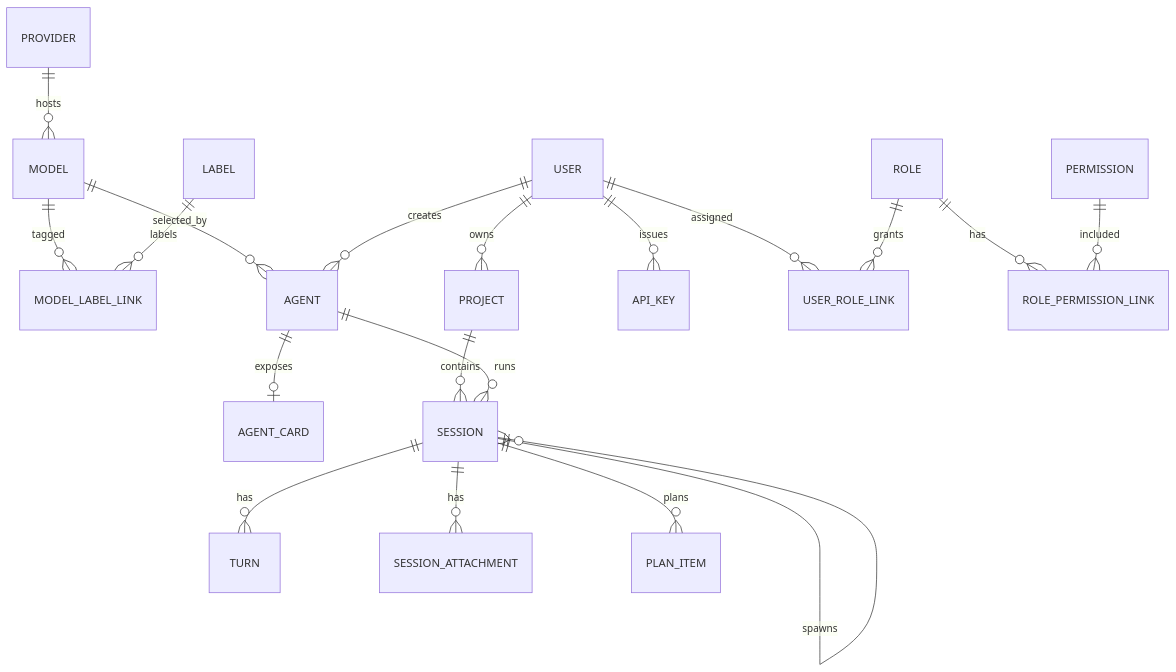
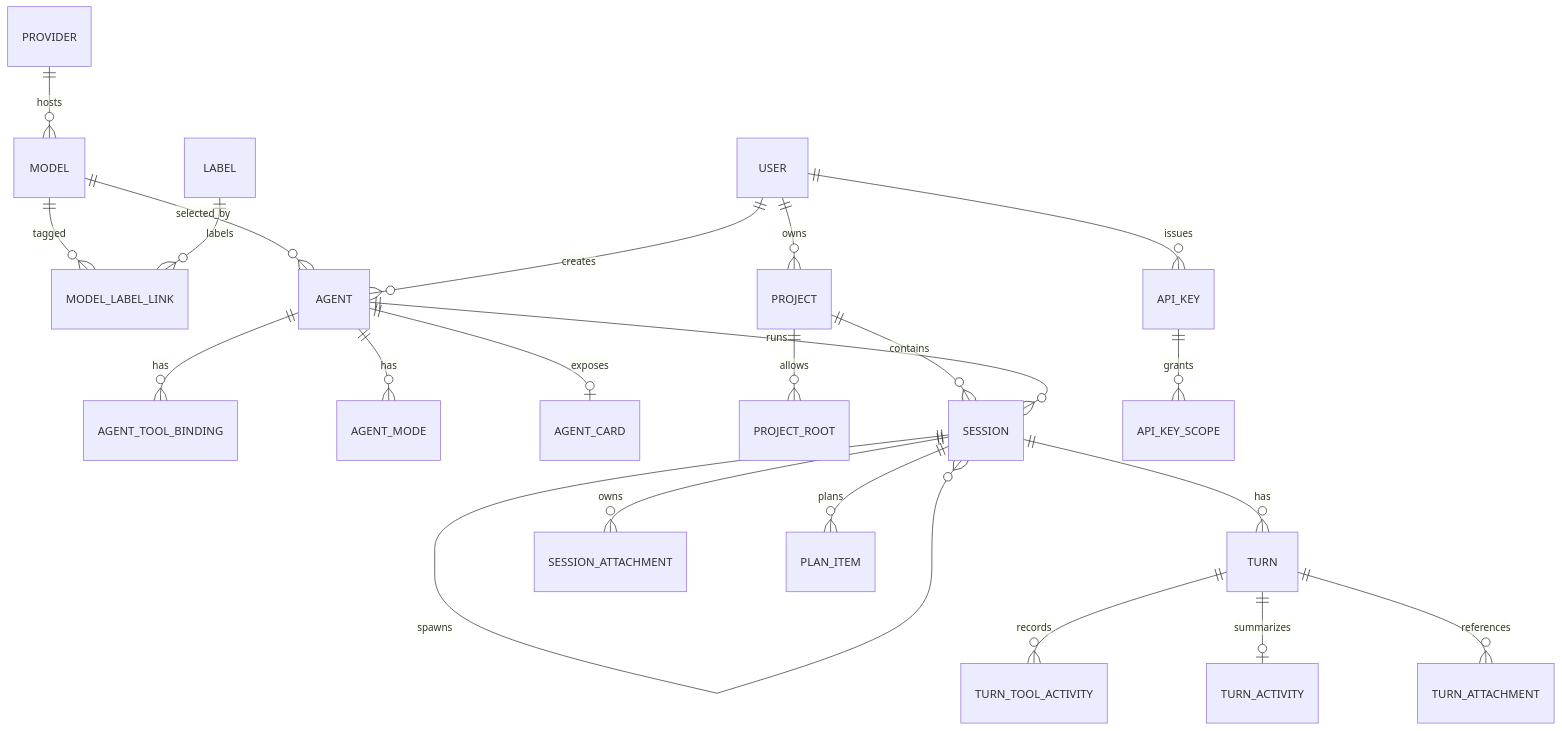
The diagram in docs/architecture/05-data-model.md (jrialland/agentbox), drawn with Mermaid before and after one commit. The commit also changed other lines of this file and 17 other files, not shown here.

Commit message:
docs: document schema v1 and database vendor configuration

````diff
--- a/docs/architecture/05-data-model.md
+++ b/docs/architecture/05-data-model.md
@@ -21,21 +24,24 @@
 ```mermaid
 erDiagram
   PROVIDER ||--o{ MODEL : hosts
   MODEL ||--o{ MODEL_LABEL_LINK : tagged
   LABEL ||--o{ MODEL_LABEL_LINK : labels
   MODEL ||--o{ AGENT : selected_by
+  AGENT ||--o{ AGENT_TOOL_BINDING : has
+  AGENT ||--o{ AGENT_MODE : has
   AGENT ||--o| AGENT_CARD : exposes
   USER ||--o{ PROJECT : owns
   USER ||--o{ AGENT : creates
+  PROJECT ||--o{ PROJECT_ROOT : allows
   PROJECT ||--o{ SESSION : contains
   AGENT ||--o{ SESSION : runs
   SESSION ||--o{ SESSION : spawns
   SESSION ||--o{ TURN : has
-  SESSION ||--o{ SESSION_ATTACHMENT : has
+  SESSION ||--o{ SESSION_ATTACHMENT : owns
   SESSION ||--o{ PLAN_ITEM : plans
+  TURN ||--o{ TURN_TOOL_ACTIVITY : records
+  TURN ||--o| TURN_ACTIVITY : summarizes
+  TURN ||--o{ TURN_ATTACHMENT : references
   USER ||--o{ API_KEY : issues
-  USER ||--o{ USER_ROLE_LINK : assigned
-  ROLE ||--o{ USER_ROLE_LINK : grants
-  ROLE ||--o{ ROLE_PERMISSION_LINK : has
-  PERMISSION ||--o{ ROLE_PERMISSION_LINK : included
+  API_KEY ||--o{ API_KEY_SCOPE : grants
 ```
````
